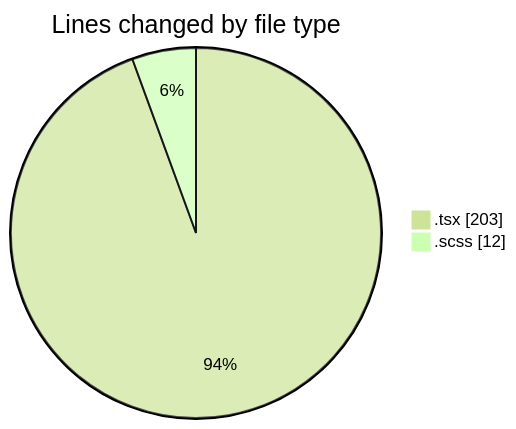
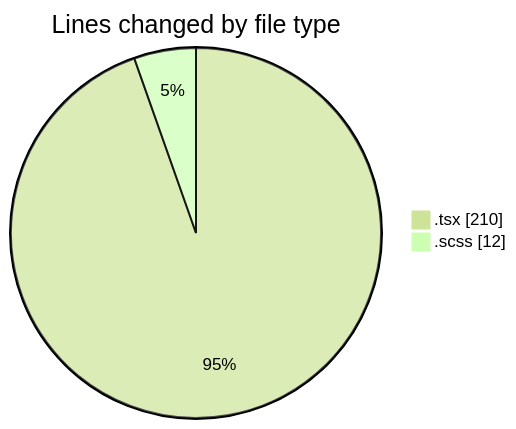
Before and after one commit to momahboobian/code-tracking: the first of 2 diagrams in 2026-06-17/cda/README.md, drawn with Mermaid (forest theme). The commit also changed other lines of this file and 1 other file, not shown here.

````diff
--- a/2026-06-17/cda/README.md
+++ b/2026-06-17/cda/README.md
@@ -23,6 +24,6 @@
 ```mermaid
 pie showData
 title Lines changed by file type
-".tsx" : 203
+".tsx" : 210
 ".scss" : 12
 ```
````
